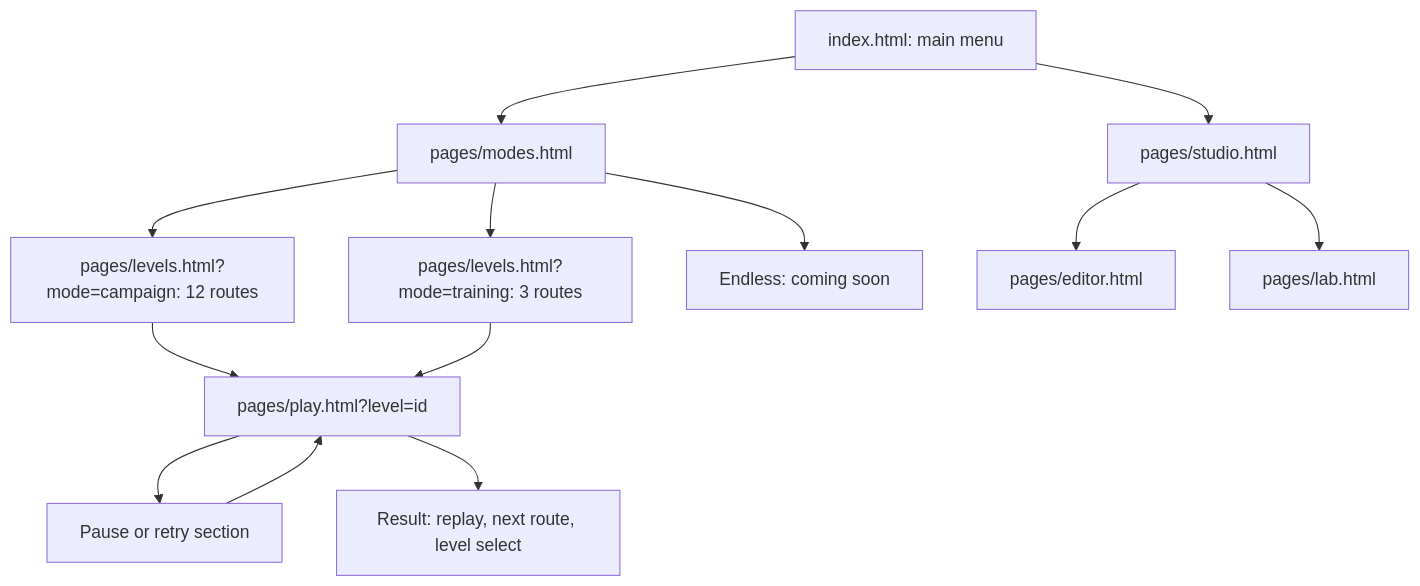
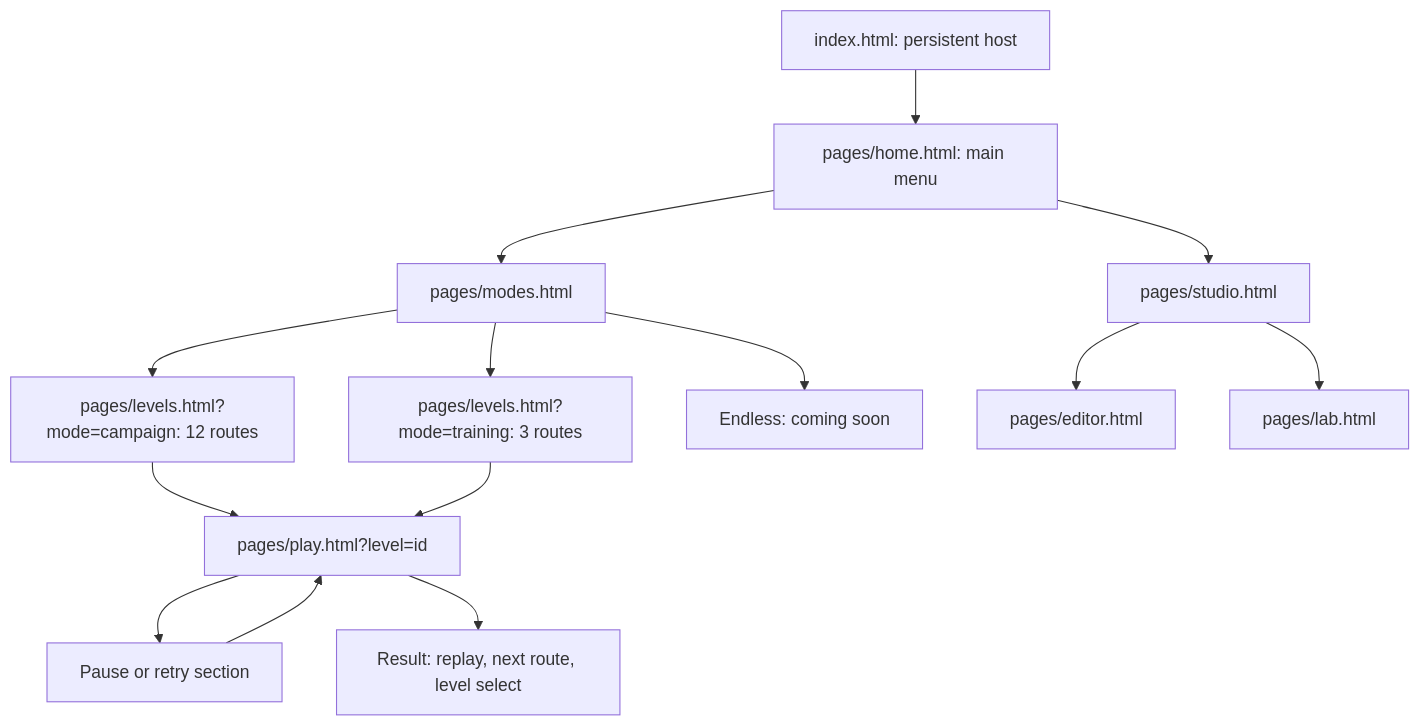
The diagram in Documents/Current/game-flow.md (spathering/polyu-ap-a3), drawn with Mermaid before and after one commit. The commit also changed other lines of this file and 50 other files, not shown here.

````diff
--- a/Documents/Current/game-flow.md
+++ b/Documents/Current/game-flow.md
@@ -5,14 +8,14 @@
 ```mermaid
 flowchart TD
-  Home[index.html: main menu] --> Modes[pages/modes.html]
+  Host[index.html: persistent host] --> Home[pages/home.html: main menu] --> Modes[pages/modes.html]
   Modes --> Campaign[pages/levels.html?mode=campaign: 12 routes]
   Modes --> Training[pages/levels.html?mode=training: 3 routes]
   Modes --> Endless[Endless: coming soon]
   Campaign --> Play[pages/play.html?level=id]
   Training --> Play
   Play --> Pause[Pause or retry section] --> Play
   Play --> Complete[Result: replay, next route, level select]
   Home --> Studio[pages/studio.html]
   Studio --> Editor[pages/editor.html]
   Studio --> Lab[pages/lab.html]
 ```
````
